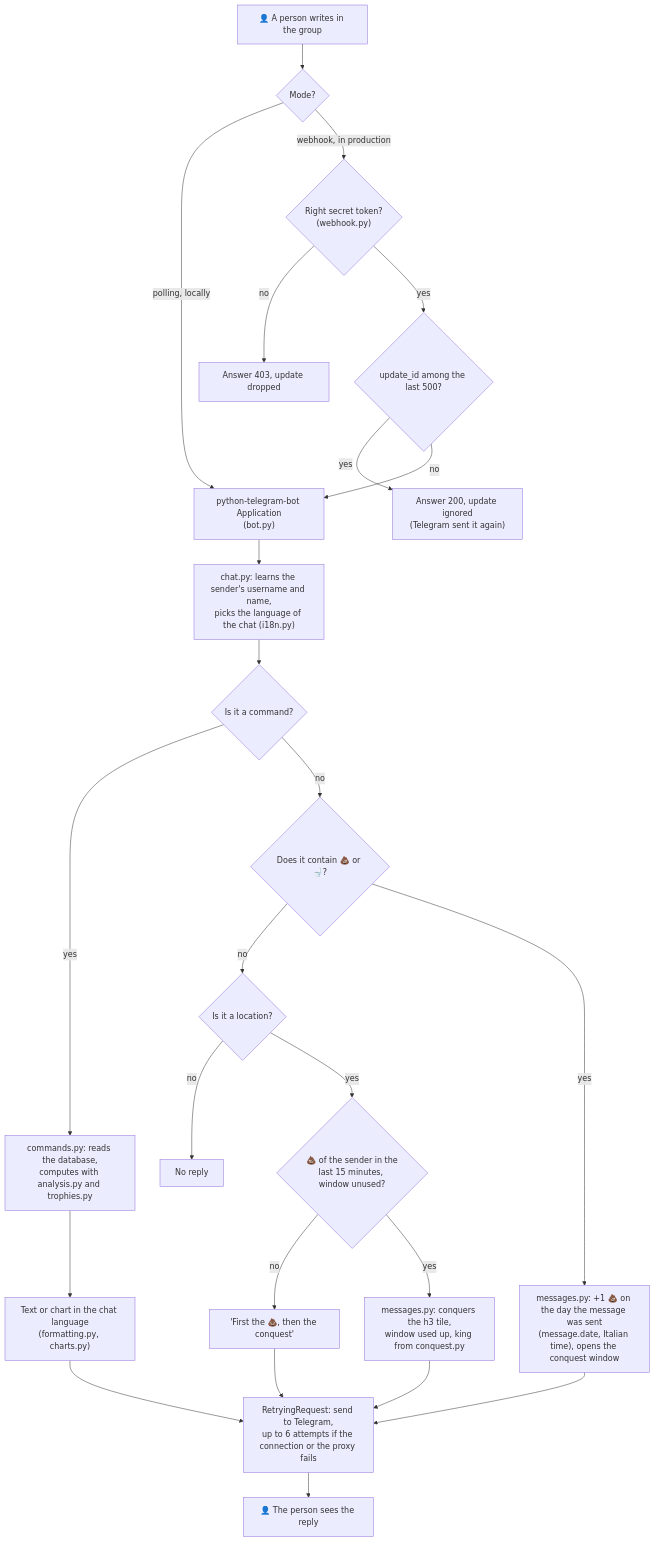
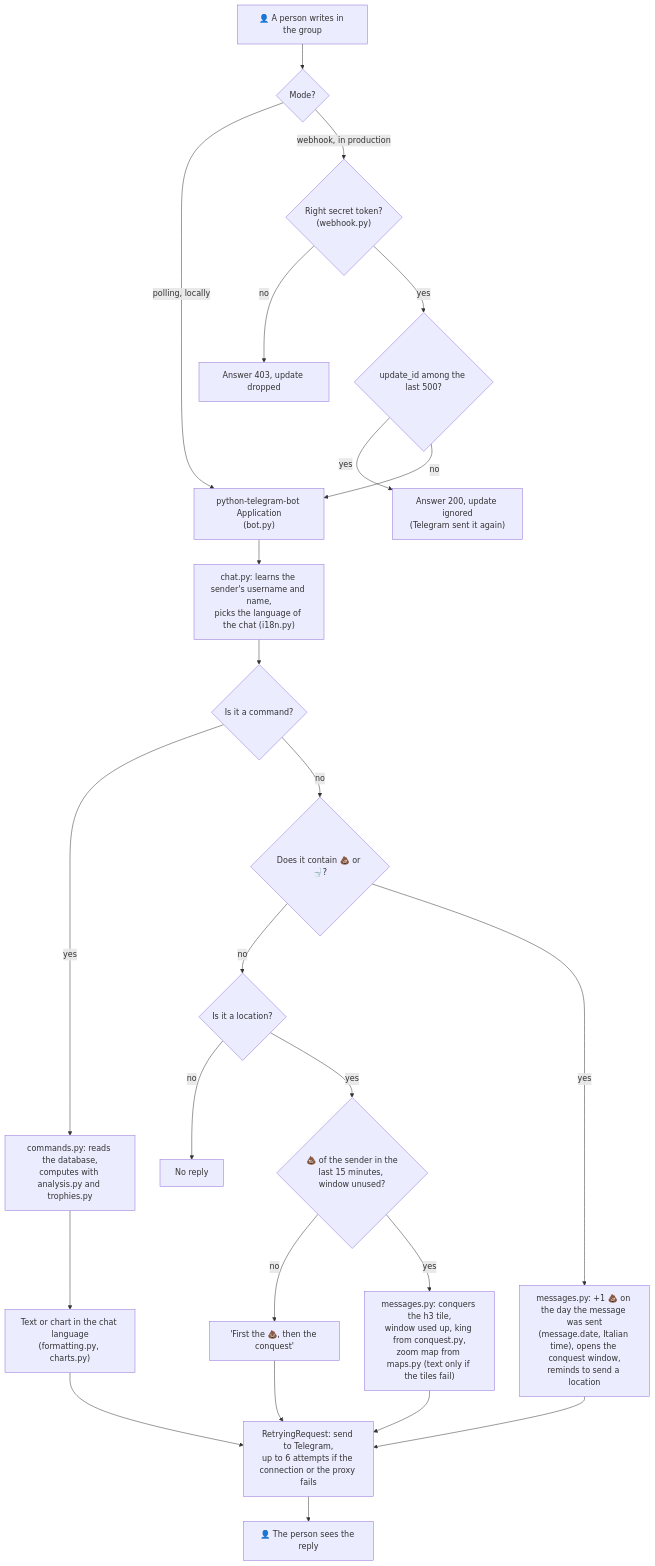
The first of 2 diagrams in docs/architecture.md (francescoperrino/Caccometro), drawn with Mermaid before and after one commit. The commit also changed other lines of this file and 20 other files, not shown here.

````diff
--- a/docs/architecture.md
+++ b/docs/architecture.md
@@ -43,26 +46,26 @@
 ```mermaid
 flowchart TD
     start["👤 A person writes in the group"] --> mode{"Mode?"}
     mode -->|"polling, locally"| app["python-telegram-bot Application<br/>(bot.py)"]
     mode -->|"webhook, in production"| secret{"Right secret token?<br/>(webhook.py)"}
     secret -->|"no"| refused["Answer 403, update dropped"]
     secret -->|"yes"| seen{"update_id among the last 500?"}
     seen -->|"yes"| skipped["Answer 200, update ignored<br/>(Telegram sent it again)"]
     seen -->|"no"| app
     app --> sender["chat.py: learns the sender's username and name,<br/>picks the language of the chat (i18n.py)"]
     sender --> command{"Is it a command?"}
     command -->|"yes"| commands["commands.py: reads the database,<br/>computes with analysis.py and trophies.py"]
     command -->|"no"| poop{"Does it contain 💩 or 🚽?"}
     poop -->|"no"| location{"Is it a location?"}
     location -->|"no"| silent["No reply"]
     location -->|"yes"| window{"💩 of the sender in the<br/>last 15 minutes, window unused?"}
     window -->|"no"| first["'First the 💩, then the conquest'"]
-    window -->|"yes"| conquer["messages.py: conquers the h3 tile,<br/>window used up, king from conquest.py"]
-    poop -->|"yes"| count["messages.py: +1 💩 on the day the message was sent<br/>(message.date, Italian time), opens the conquest window"]
+    window -->|"yes"| conquer["messages.py: conquers the h3 tile,<br/>window used up, king from conquest.py,<br/>zoom map from maps.py (text only if the tiles fail)"]
+    poop -->|"yes"| count["messages.py: +1 💩 on the day the message was sent<br/>(message.date, Italian time), opens the conquest window,<br/>reminds to send a location"]
     commands --> output["Text or chart in the chat language<br/>(formatting.py, charts.py)"]
     output --> send["RetryingRequest: send to Telegram,<br/>up to 6 attempts if the connection or the proxy fails"]
     count --> send
     first --> send
     conquer --> send
     send --> reply["👤 The person sees the reply"]
 ```
````
